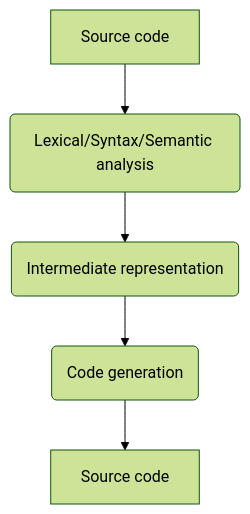
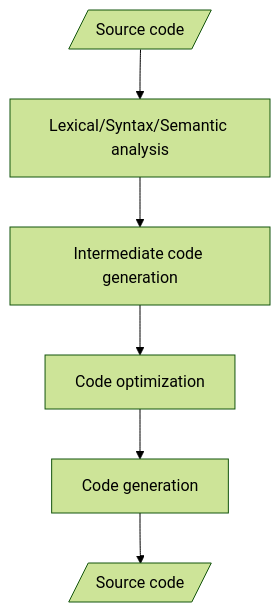
The first of 4 diagrams in docs/teps/tep01.md (guiferviz/tuberia), drawn with Mermaid (forest theme) before and after one commit. The commit also changed other lines of this file and 3 other files, not shown here.

````diff
--- a/docs/teps/tep01.md
+++ b/docs/teps/tep01.md
@@ -19,7 +19,15 @@
 ```mermaid
 graph TD
-    src[Source code] --> analysis(Lexical/Syntax/Semantic analysis)
-    analysis --> ir(Intermediate representation)
-    ir --> codegen(Code generation)
-    codegen --> code[Source code]
+    src[/Source code/]
+    analysis[Lexical/Syntax/Semantic analysis]
+    ir[Intermediate code generation]
+    optim[Code optimization]
+    codegen[Code generation]
+    code[/Source code/]
+
+    src --> analysis
+    analysis --> ir
+    ir --> optim
+    optim --> codegen
+    codegen --> code
 ```
````
